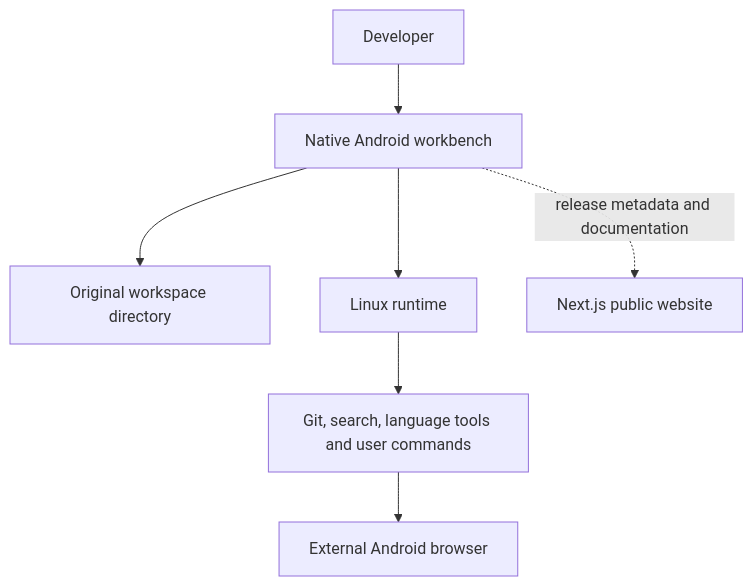
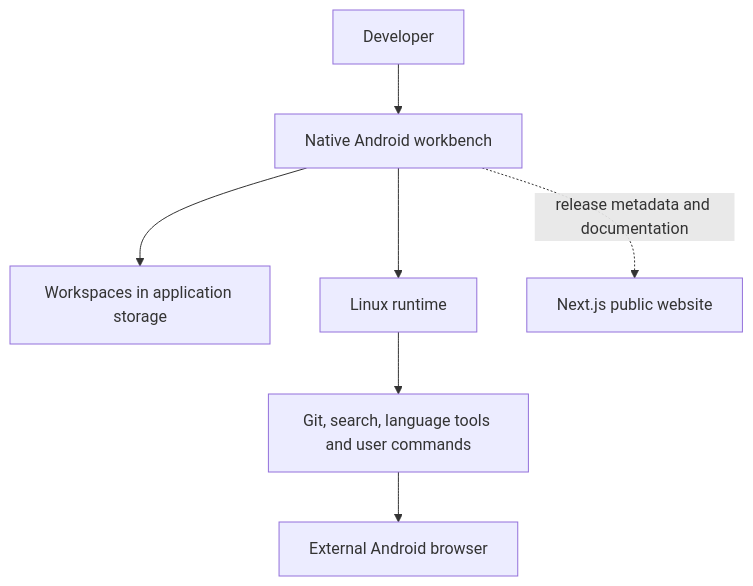
Before and after one commit to itzmejanak/iCode: the first of 2 diagrams in docs/architecture.md, drawn with Mermaid. The commit also changed other lines of this file and 48 other files, not shown here.

First line of the commit message:
refactor(workspace): bind all workspaces at /workspace and drop mounts

````diff
--- a/docs/architecture.md
+++ b/docs/architecture.md
@@ -96,9 +96,9 @@
 ```mermaid
 flowchart TD
     U["Developer"] --> A["Native Android workbench"]
-    A --> D["Original workspace directory"]
+    A --> D["Workspaces in application storage"]
     A --> R["Linux runtime"]
     R --> T["Git, search, language tools and user commands"]
     T --> B["External Android browser"]
     A -. "release metadata and documentation" .-> W["Next.js public website"]
 ```
````
